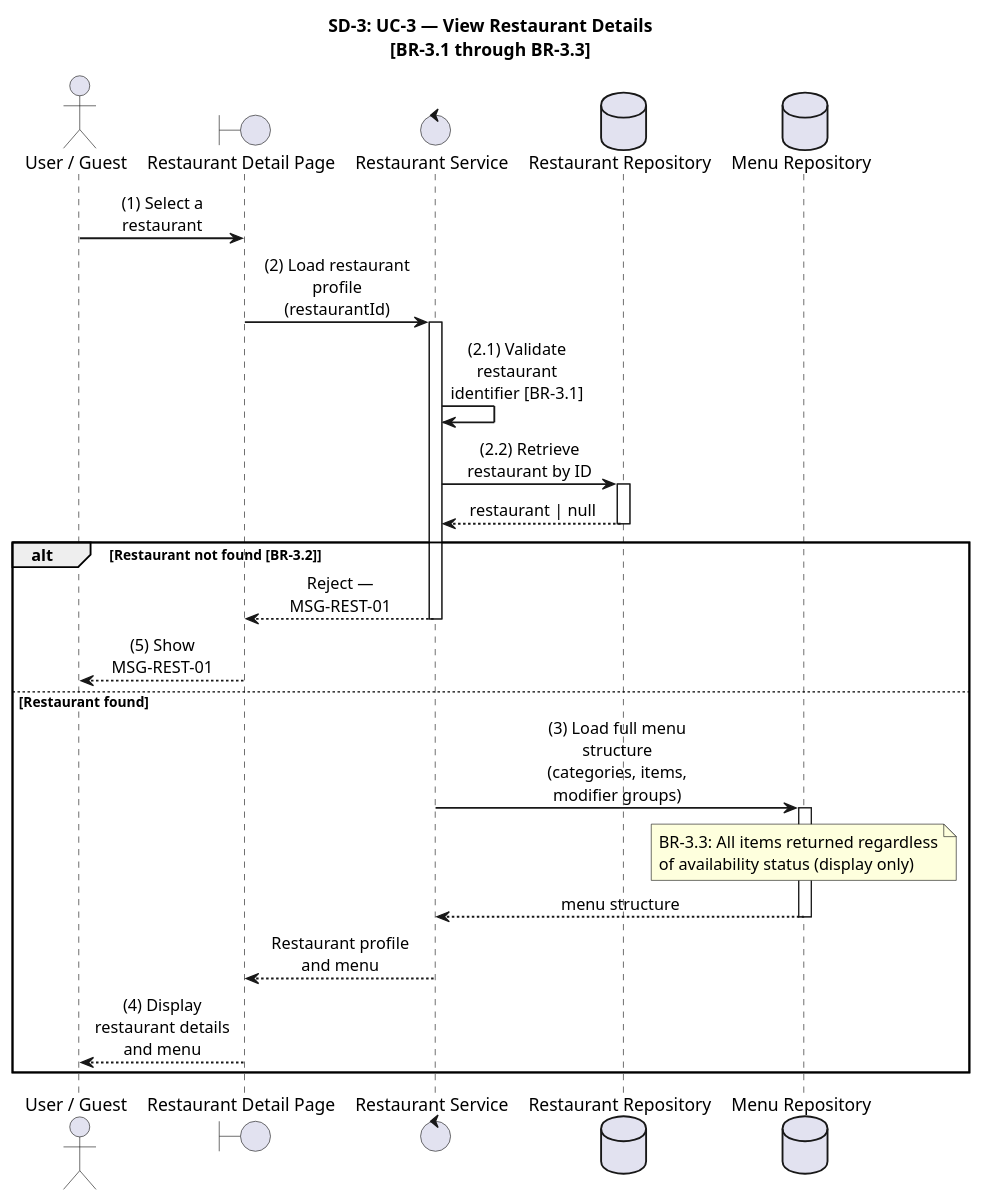
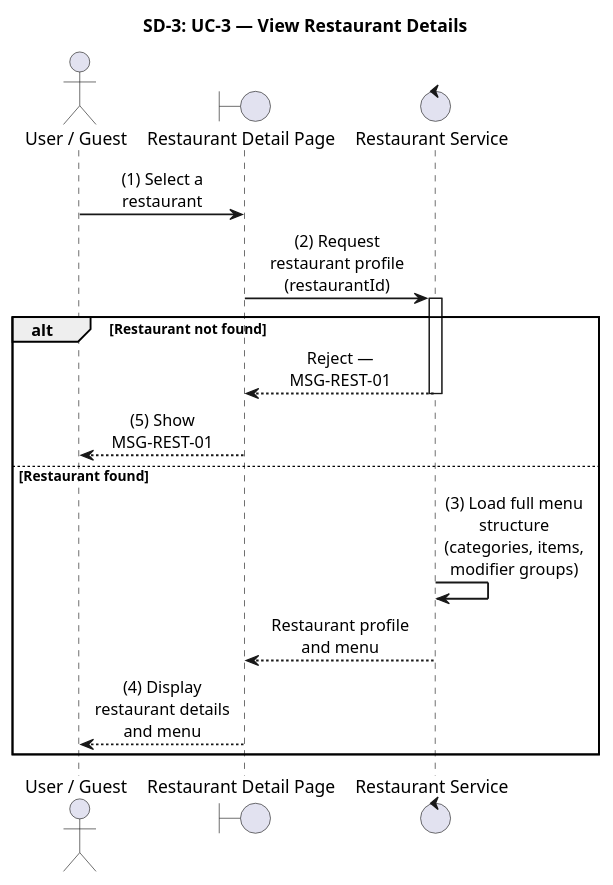
One commit to luubinhdeptrai/Food_Delivery changed the third of 10 diagrams in apps/api/docs/Final_Documents/SRS_SequenceDiagrams.md. Above: the diagram before and after it, drawn with PlantUML. The commit also changed other lines of this file, not shown here.

Commit message:
add 10 sequence from 1-10

````diff
--- a/apps/api/docs/Final_Documents/SRS_SequenceDiagrams.md
+++ b/apps/api/docs/Final_Documents/SRS_SequenceDiagrams.md
@@ -206,48 +173,36 @@
 ```plantuml
 @startuml SD-3_ViewRestaurantDetails
 
 skinparam shadowing false
 skinparam sequenceMessageAlign center
 skinparam responseMessageBelowArrow true
 skinparam maxMessageSize 120
 skinparam sequenceArrowThickness 1.5
 skinparam ParticipantPadding 20
 skinparam BoxPadding 10
 
-title SD-3: UC-3 — View Restaurant Details\n[BR-3.1 through BR-3.3]
+title SD-3: UC-3 — View Restaurant Details
 
 actor "User / Guest" as Actor
 boundary "Restaurant Detail Page" as UI
 control "Restaurant Service" as RestSvc
-database "Restaurant Repository" as RestRepo
-database "Menu Repository" as MenuRepo
 
 autonumber stop
 
 Actor -> UI : (1) Select a restaurant
-UI -> RestSvc : (2) Load restaurant profile (restaurantId)
+UI -> RestSvc : (2) Request restaurant profile (restaurantId)
 activate RestSvc
 
-RestSvc -> RestSvc : (2.1) Validate restaurant identifier [BR-3.1]
-RestSvc -> RestRepo : (2.2) Retrieve restaurant by ID
-activate RestRepo
-RestRepo --> RestSvc : restaurant | null
-deactivate RestRepo
-
-alt Restaurant not found [BR-3.2]
+alt Restaurant not found
     RestSvc --> UI : Reject — MSG-REST-01
     deactivate RestSvc
     UI --> Actor : (5) Show MSG-REST-01
 else Restaurant found
-    RestSvc -> MenuRepo : (3) Load full menu structure\n(categories, items, modifier groups)
-    activate MenuRepo
-    note over MenuRepo : BR-3.3: All items returned regardless\nof availability status (display only)
-    MenuRepo --> RestSvc : menu structure
-    deactivate MenuRepo
+    RestSvc -> RestSvc : (3) Load full menu structure\n(categories, items, modifier groups)
     RestSvc --> UI : Restaurant profile and menu
     deactivate RestSvc
     UI --> Actor : (4) Display restaurant details and menu
 end
 
 @enduml
 ```
````
